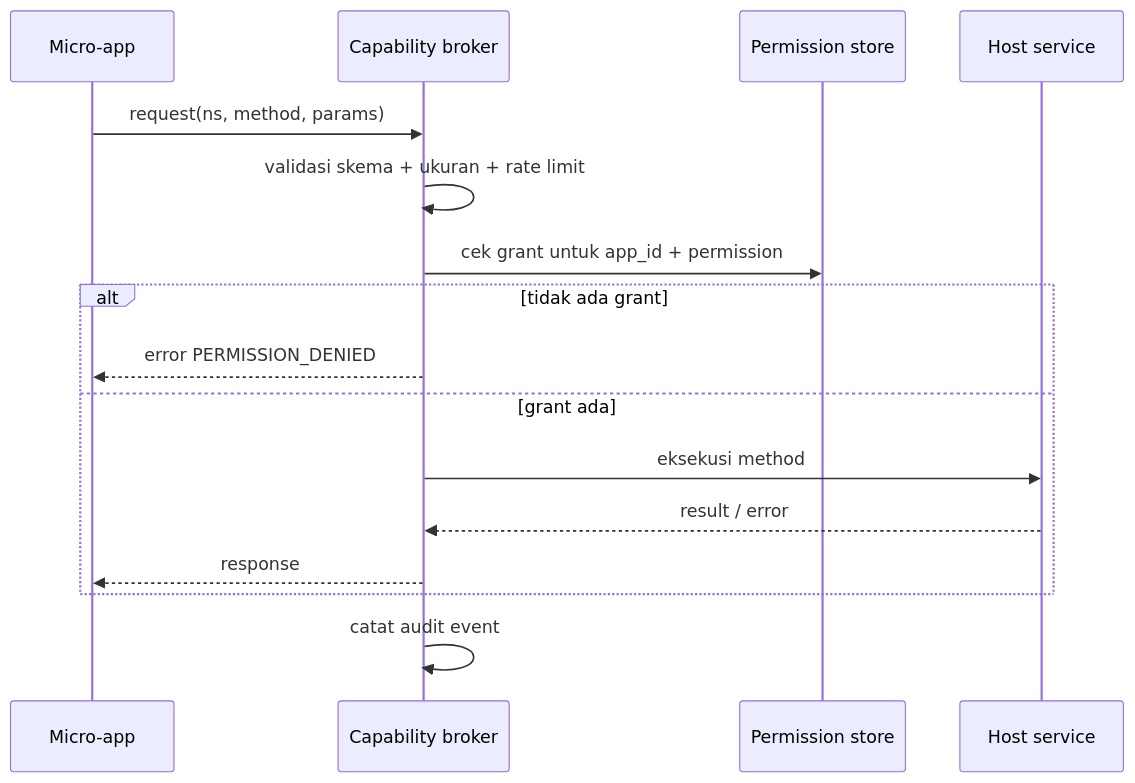
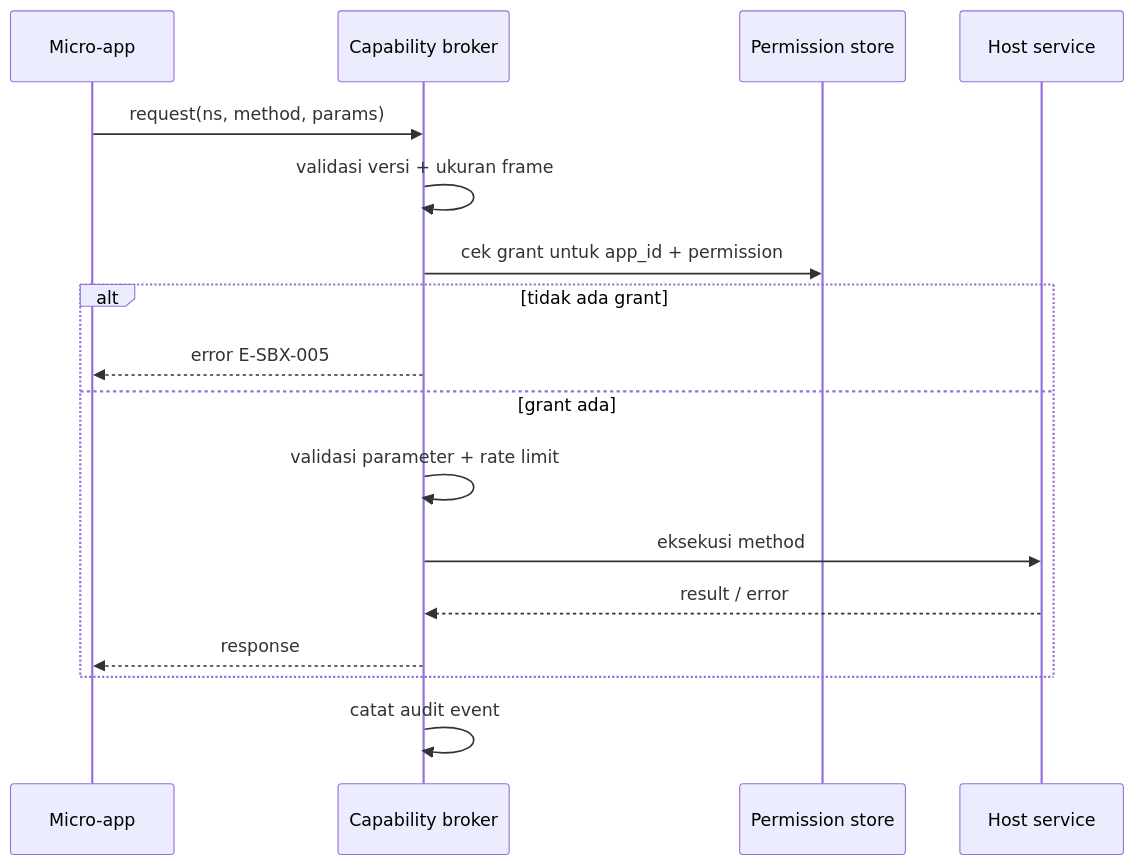
One commit to Reinvy/microapp-studio changed the second of 2 diagrams in docs/01-architecture/sandbox-capabilities.md. Above: the diagram before and after it, drawn with Mermaid. The commit also changed other lines of this file and 27 other files, not shown here.

````diff
--- a/docs/01-architecture/sandbox-capabilities.md
+++ b/docs/01-architecture/sandbox-capabilities.md
@@ -77,18 +77,19 @@
 ```mermaid
 sequenceDiagram
     participant APP as Micro-app
     participant BR as Capability broker
     participant PERM as Permission store
     participant HOST as Host service
     APP->>BR: request(ns, method, params)
-    BR->>BR: validasi skema + ukuran + rate limit
+    BR->>BR: validasi versi + ukuran frame
     BR->>PERM: cek grant untuk app_id + permission
     alt tidak ada grant
-        BR-->>APP: error PERMISSION_DENIED
+        BR-->>APP: error E-SBX-005
     else grant ada
+        BR->>BR: validasi parameter + rate limit
         BR->>HOST: eksekusi method
         HOST-->>BR: result / error
         BR-->>APP: response
     end
     BR->>BR: catat audit event
 ```
````
